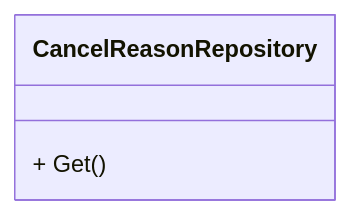
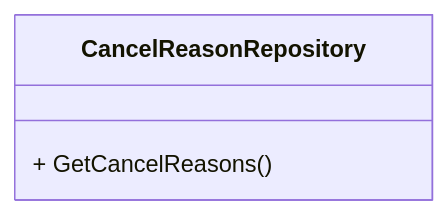
Before and after one commit to MrWangpeilin945/FlutterIOS: the sixth of 10 diagrams in Documents/API設計書/src/docs/6_リポジトリ.adoc, drawn with Mermaid. The commit also changed other lines of this file and 1 other file, not shown here.

Commit message:
API設計書 ユースケースとリポジトリのクラス図を更新

```diff
--- a/Documents/API設計書/src/docs/6_リポジトリ.adoc
+++ b/Documents/API設計書/src/docs/6_リポジトリ.adoc
@@ -59,7 +61,7 @@
 [mermaid,CancelReason-r-cd,png]
 ----
 classDiagram
 class CancelReasonRepository {
-  + Get()
+  + GetCancelReasons()
 }
 ----
```
